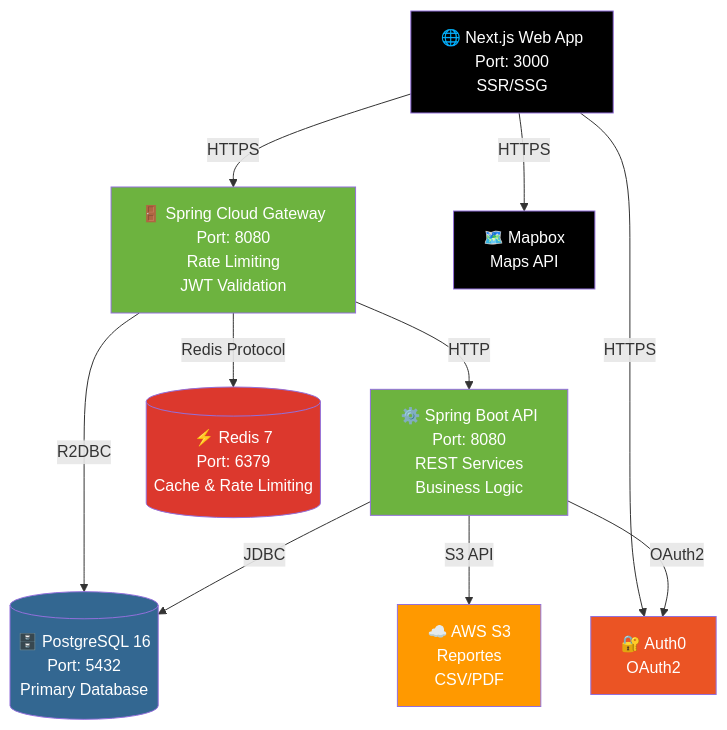
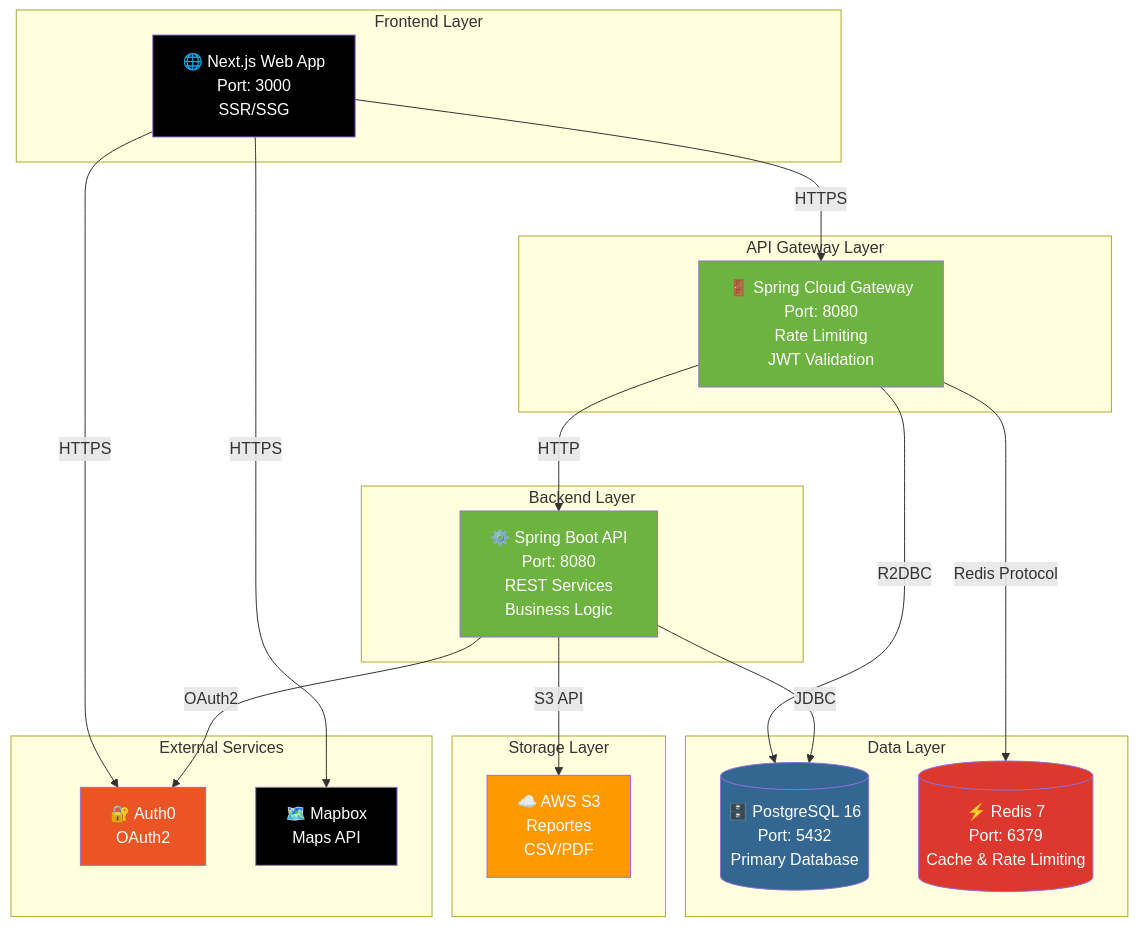
One commit to HectorCano1411/ecoestudiante changed the second of 4 diagrams in README.md. Above: the diagram before and after it, drawn with Mermaid. The commit also changed other lines of this file, not shown here.

````diff
--- a/README.md
+++ b/README.md
@@ -146,30 +151,47 @@
 ```mermaid
-graph TD
-    Web[🌐 Next.js Web App<br/>Port: 3000<br/>SSR/SSG]
-    Gateway[🚪 Spring Cloud Gateway<br/>Port: 8080<br/>Rate Limiting<br/>JWT Validation]
-    API[⚙️ Spring Boot API<br/>Port: 8080<br/>REST Services<br/>Business Logic]
-    PostgreSQL[(🗄️ PostgreSQL 16<br/>Port: 5432<br/>Primary Database)]
-    Redis[(⚡ Redis 7<br/>Port: 6379<br/>Cache & Rate Limiting)]
-    S3[☁️ AWS S3<br/>Reportes<br/>CSV/PDF]
-    Auth0[🔐 Auth0<br/>OAuth2]
-    Mapbox[🗺️ Mapbox<br/>Maps API]
+graph TB
+    subgraph "Frontend Layer"
+        Web[🌐 Next.js Web App<br/>Port: 3000<br/>SSR/SSG]
+    end
+    
+    subgraph "API Gateway Layer"
+        Gateway[🚪 Spring Cloud Gateway<br/>Port: 8080<br/>Rate Limiting<br/>JWT Validation]
+    end
+    
+    subgraph "Backend Layer"
+        API[⚙️ Spring Boot API<br/>Port: 8080<br/>REST Services<br/>Business Logic]
+    end
+    
+    subgraph "Data Layer"
+        PostgreSQL[(🗄️ PostgreSQL 16<br/>Port: 5432<br/>Primary Database)]
+        Redis[(⚡ Redis 7<br/>Port: 6379<br/>Cache & Rate Limiting)]
+    end
+    
+    subgraph "Storage Layer"
+        S3[☁️ AWS S3<br/>Reportes<br/>CSV/PDF]
+    end
+    
+    subgraph "External Services"
+        Auth0[🔐 Auth0<br/>OAuth2]
+        Mapbox[🗺️ Mapbox<br/>Maps API]
+    end
     
     Web -->|HTTPS| Gateway
     Web -->|HTTPS| Auth0
     Web -->|HTTPS| Mapbox
     Gateway -->|HTTP| API
     Gateway -->|R2DBC| PostgreSQL
     Gateway -->|Redis Protocol| Redis
     API -->|JDBC| PostgreSQL
     API -->|S3 API| S3
     API -->|OAuth2| Auth0
     
     style Web fill:#000000,color:#fff
     style Gateway fill:#6DB33F,color:#fff
     style API fill:#6DB33F,color:#fff
     style PostgreSQL fill:#336791,color:#fff
     style Redis fill:#DC382D,color:#fff
     style S3 fill:#FF9900,color:#fff
     style Auth0 fill:#EB5424,color:#fff
     style Mapbox fill:#000000,color:#fff
 ```
````
